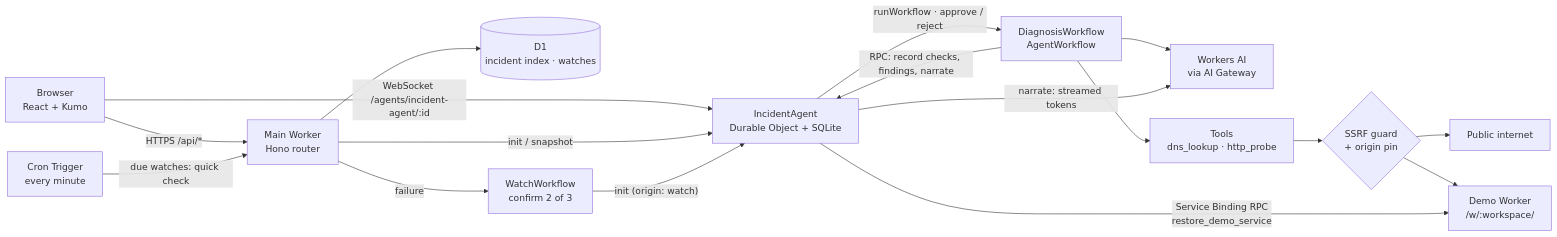
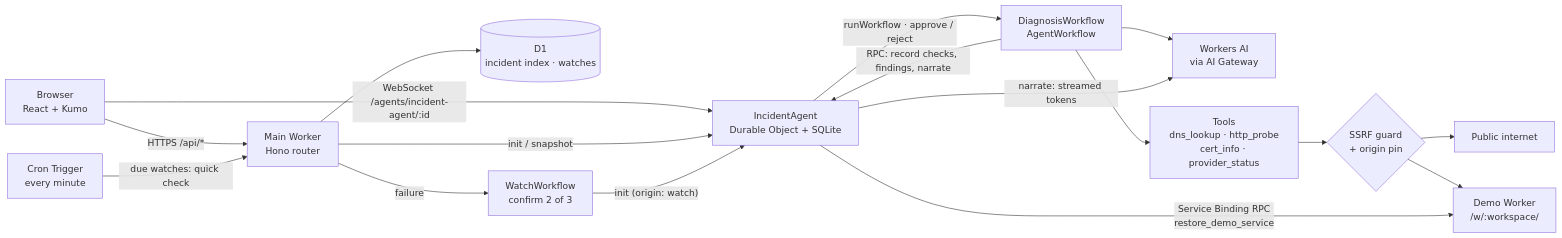
One commit to sahilsaleem2907/cf_ai_incident_copilot changed the diagram in README.md. Above: the diagram before and after it, drawn with Mermaid. The commit also changed other lines of this file and 23 other files, not shown here.

First line of the commit message:
WP-21: cert_info and provider_status tools

````diff
--- a/README.md
+++ b/README.md
@@ -36,19 +36,19 @@
 ```mermaid
 flowchart LR
   B["Browser<br/>React + Kumo"] -- "HTTPS /api/*" --> W["Main Worker<br/>Hono router"]
   B -- "WebSocket /agents/incident-agent/:id" --> A["IncidentAgent<br/>Durable Object + SQLite"]
   W -- "init / snapshot" --> A
   W --> D1[("D1<br/>incident index · watches")]
   C["Cron Trigger<br/>every minute"] -- "due watches: quick check" --> W
   W -- "failure" --> WW["WatchWorkflow<br/>confirm 2 of 3"]
   WW -- "init (origin: watch)" --> A
   A -- "runWorkflow · approve / reject" --> F["DiagnosisWorkflow<br/>AgentWorkflow"]
   F -- "RPC: record checks, findings, narrate" --> A
   F --> AI["Workers AI<br/>via AI Gateway"]
-  F --> T["Tools<br/>dns_lookup · http_probe"]
+  F --> T["Tools<br/>dns_lookup · http_probe<br/>cert_info · provider_status"]
   T --> G{"SSRF guard<br/>+ origin pin"}
   G --> NET["Public internet"]
   G --> DEMO["Demo Worker<br/>/w/:workspace/"]
   A -- "Service Binding RPC<br/>restore_demo_service" --> DEMO
   A -- "narrate: streamed tokens" --> AI
 ```
````
